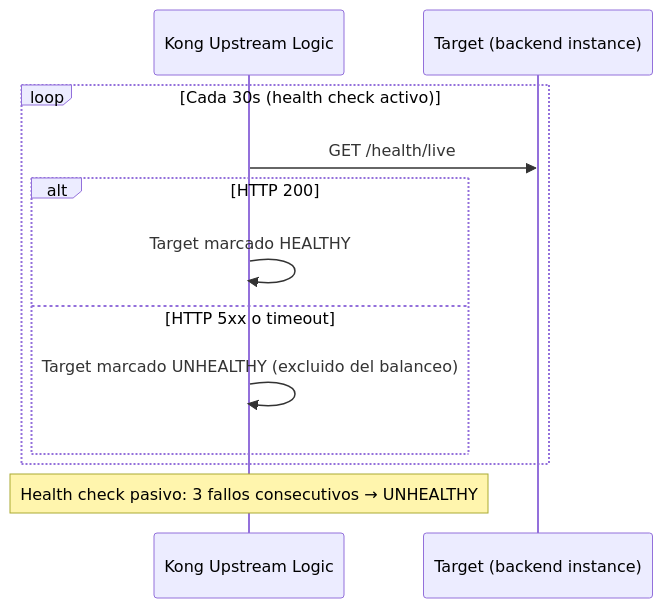
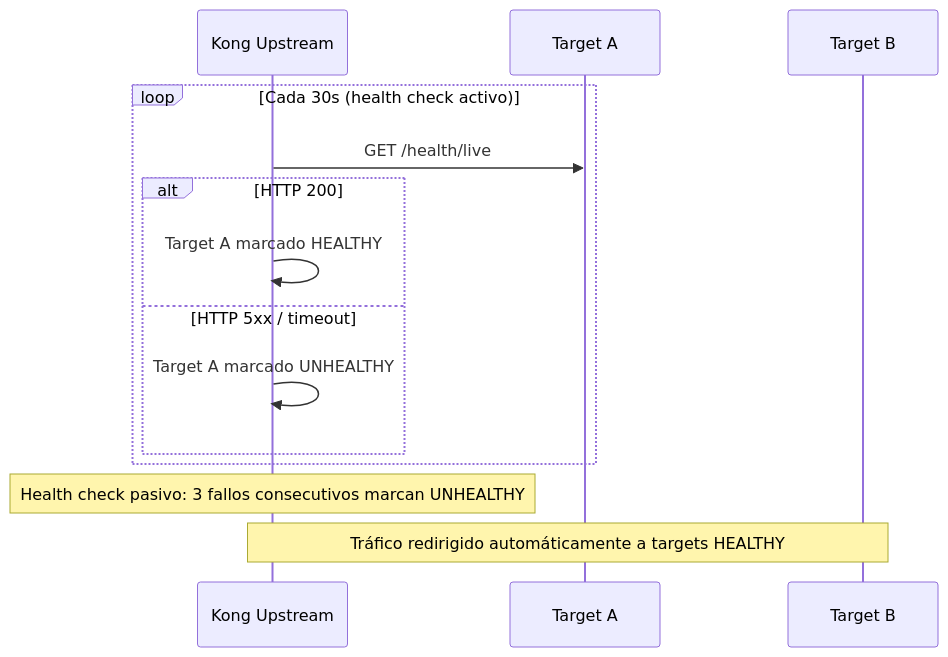
The third of 3 diagrams in docs/plataforma-corporativa/plataforma-de-integracion/api-gateway/06-vista-tiempo-ejecucion.md (jclemente-tlm/tlm-doc-architecture), drawn with Mermaid before and after one commit. The commit also changed other lines of this file and 10 other files, not shown here.

````diff
--- a/docs/plataforma-corporativa/plataforma-de-integracion/api-gateway/06-vista-tiempo-ejecucion.md
+++ b/docs/plataforma-corporativa/plataforma-de-integracion/api-gateway/06-vista-tiempo-ejecucion.md
@@ -62,15 +57,17 @@
 ```mermaid
 sequenceDiagram
-    participant K as Kong Upstream Logic
-    participant T as Target (backend instance)
+    participant K as Kong Upstream
+    participant T1 as Target A
+    participant T2 as Target B
 
     loop Cada 30s (health check activo)
-        K->>T: GET /health/live
+        K->>T1: GET /health/live
         alt HTTP 200
-            K->>K: Target marcado HEALTHY
-        else HTTP 5xx o timeout
-            K->>K: Target marcado UNHEALTHY (excluido del balanceo)
+            K->>K: Target A marcado HEALTHY
+        else HTTP 5xx / timeout
+            K->>K: Target A marcado UNHEALTHY
         end
     end
-    Note over K: Health check pasivo: 3 fallos consecutivos → UNHEALTHY
+    Note over K: Health check pasivo: 3 fallos consecutivos marcan UNHEALTHY
+    Note over K,T2: Tráfico redirigido automáticamente a targets HEALTHY
 ```
````
